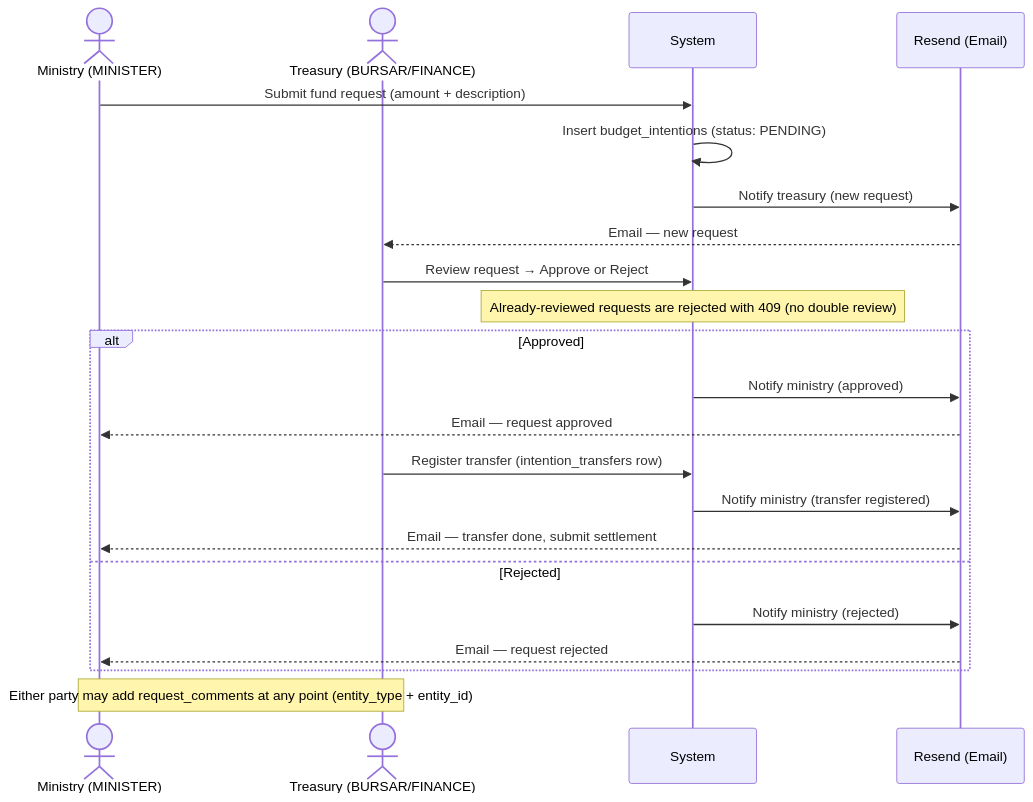
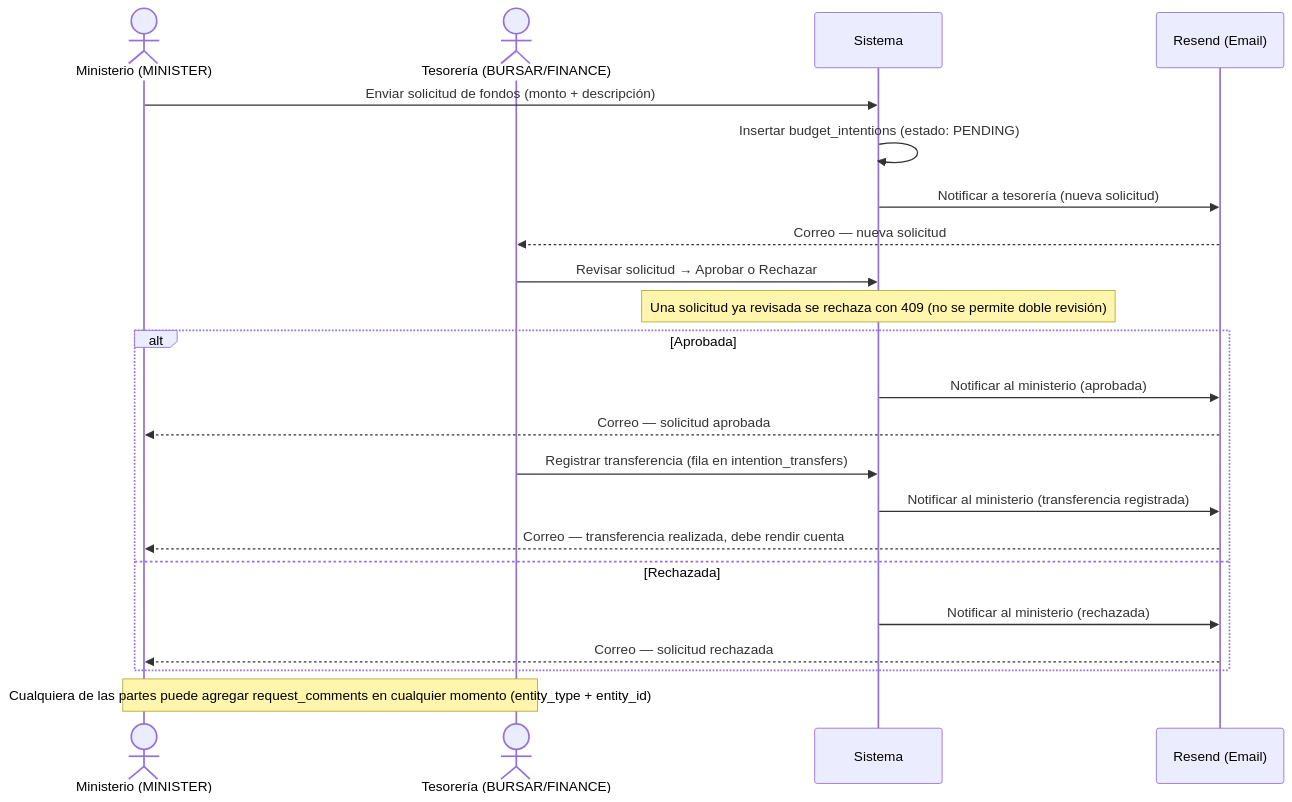
One commit to Torfel0312/sistema_contable_pibt changed the first of 11 diagrams in docs/flows.md. Above: the diagram before and after it, drawn with Mermaid. The commit also changed other lines of this file and 11 other files, not shown here.

Commit message:
docs: refresh roles/permissions/auth docs and translate diagrams to Spanish (#83)

````diff
--- a/docs/flows.md
+++ b/docs/flows.md
@@ -8,28 +12,28 @@
 ```mermaid
 sequenceDiagram
-    actor Minister as Ministry (MINISTER)
-    actor Treasury as Treasury (BURSAR/FINANCE)
-    participant System as System
+    actor Ministro as Ministerio (MINISTER)
+    actor Tesoreria as Tesorería (BURSAR/FINANCE)
+    participant Sistema as Sistema
     participant Email as Resend (Email)
 
-    Minister->>System: Submit fund request (amount + description)
-    System->>System: Insert budget_intentions (status: PENDING)
-    System->>Email: Notify treasury (new request)
-    Email-->>Treasury: Email — new request
+    Ministro->>Sistema: Enviar solicitud de fondos (monto + descripción)
+    Sistema->>Sistema: Insertar budget_intentions (estado: PENDING)
+    Sistema->>Email: Notificar a tesorería (nueva solicitud)
+    Email-->>Tesoreria: Correo — nueva solicitud
 
-    Treasury->>System: Review request → Approve or Reject
-    Note over System: Already-reviewed requests are rejected with 409 (no double review)
+    Tesoreria->>Sistema: Revisar solicitud → Aprobar o Rechazar
+    Note over Sistema: Una solicitud ya revisada se rechaza con 409 (no se permite doble revisión)
 
-    alt Approved
-        System->>Email: Notify ministry (approved)
-        Email-->>Minister: Email — request approved
-        Treasury->>System: Register transfer (intention_transfers row)
-        System->>Email: Notify ministry (transfer registered)
-        Email-->>Minister: Email — transfer done, submit settlement
-    else Rejected
-        System->>Email: Notify ministry (rejected)
-        Email-->>Minister: Email — request rejected
+    alt Aprobada
+        Sistema->>Email: Notificar al ministerio (aprobada)
+        Email-->>Ministro: Correo — solicitud aprobada
+        Tesoreria->>Sistema: Registrar transferencia (fila en intention_transfers)
+        Sistema->>Email: Notificar al ministerio (transferencia registrada)
+        Email-->>Ministro: Correo — transferencia realizada, debe rendir cuenta
+    else Rechazada
+        Sistema->>Email: Notificar al ministerio (rechazada)
+        Email-->>Ministro: Correo — solicitud rechazada
     end
 
-    Note over Minister,Treasury: Either party may add request_comments at any point (entity_type + entity_id)
+    Note over Ministro,Tesoreria: Cualquiera de las partes puede agregar request_comments en cualquier momento (entity_type + entity_id)
 ```
````
